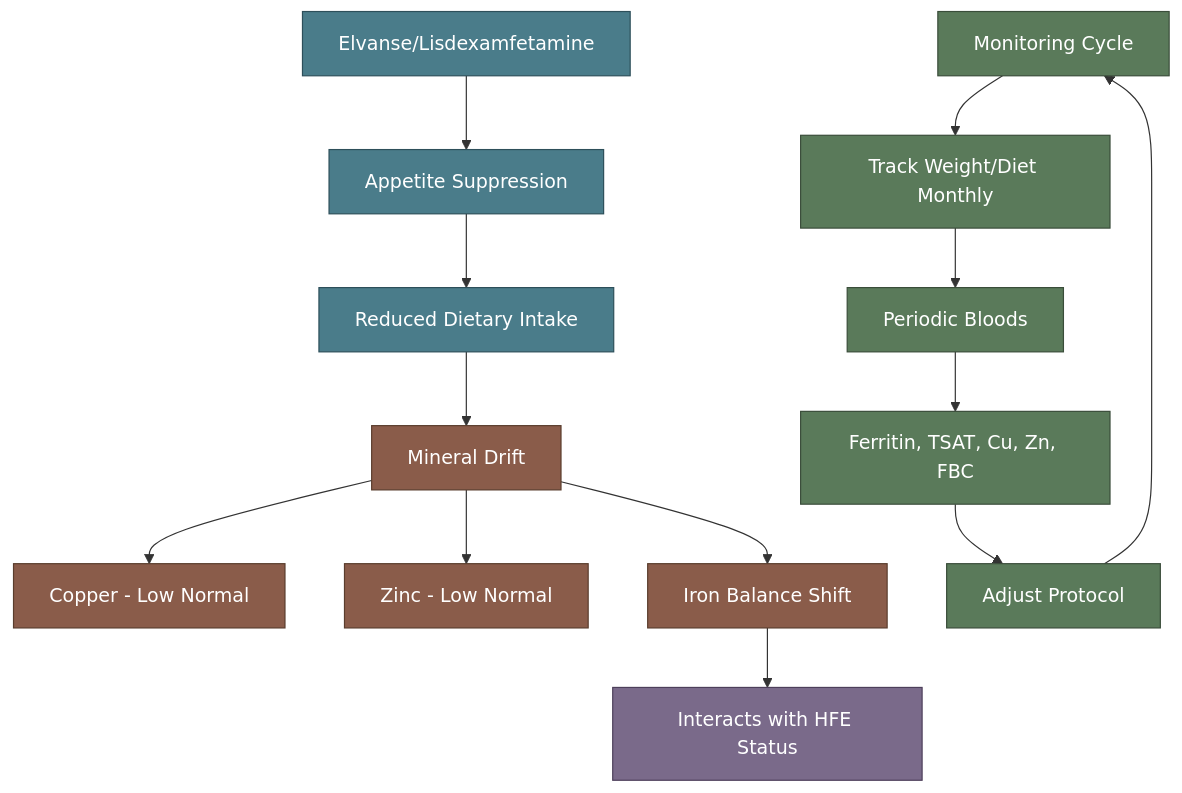
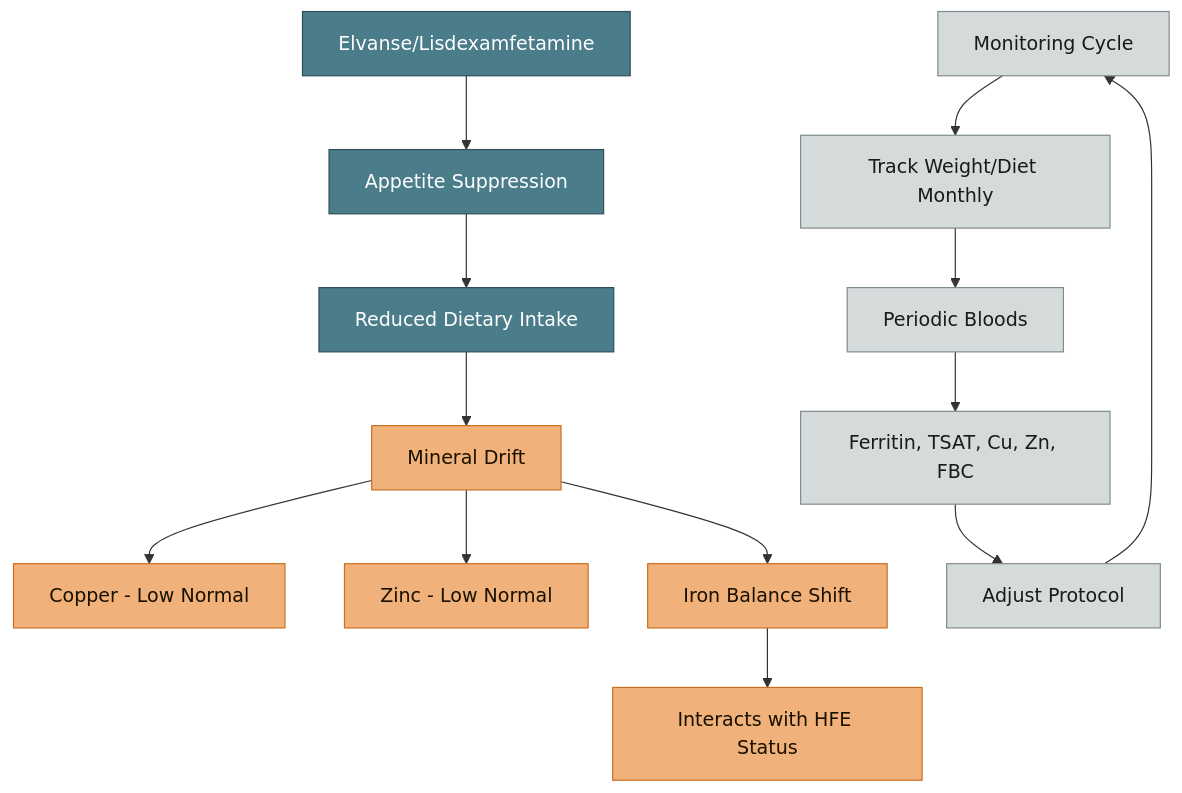
The diagram in neurodevelopment/Elvanse and Mineral Metabolism.md (Aegis-commits/ag-hfe-adhd-asd-research), drawn with Mermaid before and after one commit. The commit also changed 39 other files, not shown here.

First line of the commit message:
docs(vault): standardise diagram colours for light-mode readability, add MOC quick nav

````diff
--- a/neurodevelopment/Elvanse and Mineral Metabolism.md
+++ b/neurodevelopment/Elvanse and Mineral Metabolism.md
@@ -34,28 +34,28 @@
 ```mermaid
 flowchart TD
     A[Elvanse/Lisdexamfetamine] --> B[Appetite Suppression]
     B --> C[Reduced Dietary Intake]
     C --> D[Mineral Drift]
 
     D --> E[Copper - Low Normal]
     D --> F[Zinc - Low Normal]
     D --> G[Iron Balance Shift]
 
     H[Monitoring Cycle] --> I[Track Weight/Diet Monthly]
     I --> J[Periodic Bloods]
     J --> K[Ferritin, TSAT, Cu, Zn, FBC]
     K --> L[Adjust Protocol]
     L --> H
 
     G --> M[Interacts with HFE Status]
 
     classDef drug fill:#4a7c8a,stroke:#2d4f5a,color:#fff
-    classDef mineral fill:#8a5c4a,stroke:#5a3d2d,color:#fff
-    classDef monitor fill:#5a7a5a,stroke:#3a4d3a,color:#fff
-    classDef link fill:#7a6a8a,stroke:#4d3f5a,color:#fff
+    classDef mineral fill:#f0b27a,stroke:#ca6f1e,color:#1a1000
+    classDef monitor fill:#d5dbdb,stroke:#7f8c8d,color:#1a1a1a
+    classDef link fill:#f0b27a,stroke:#ca6f1e,color:#1a1000
 
     class A,B,C drug
     class D,E,F,G mineral
     class H,I,J,K,L monitor
     class M link
 ```
````
